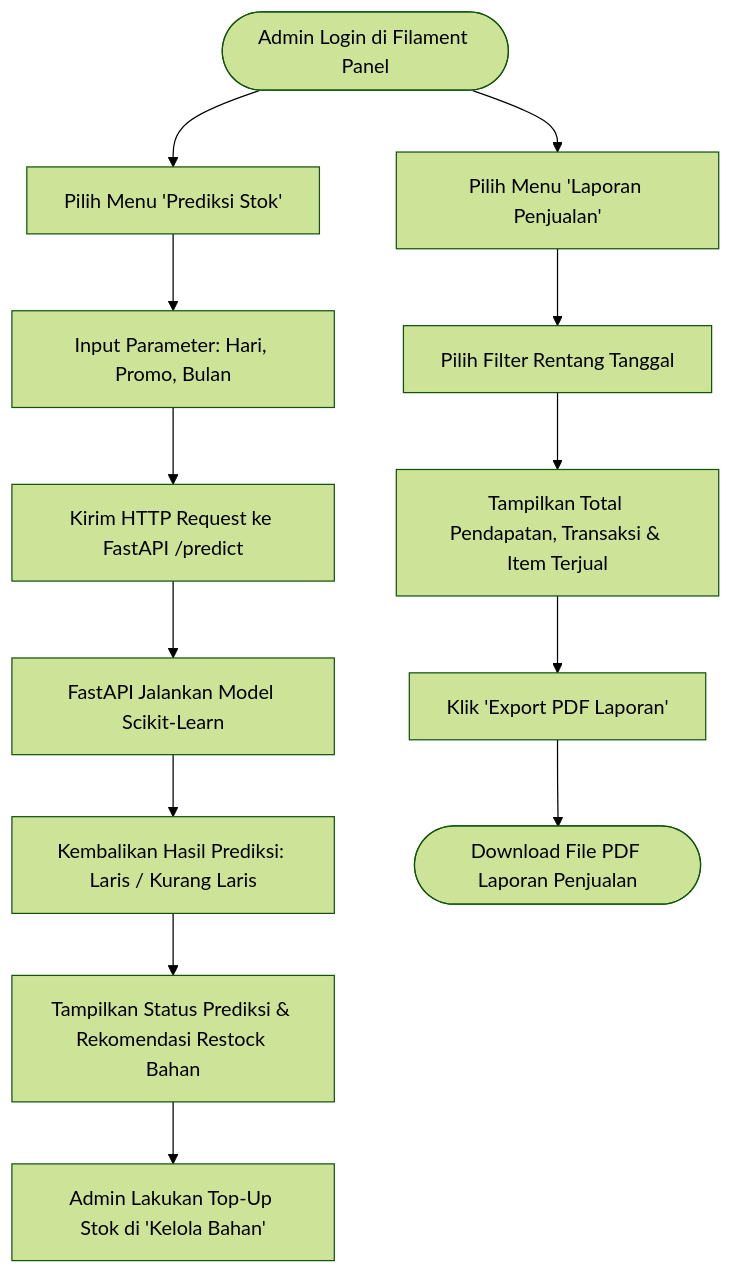
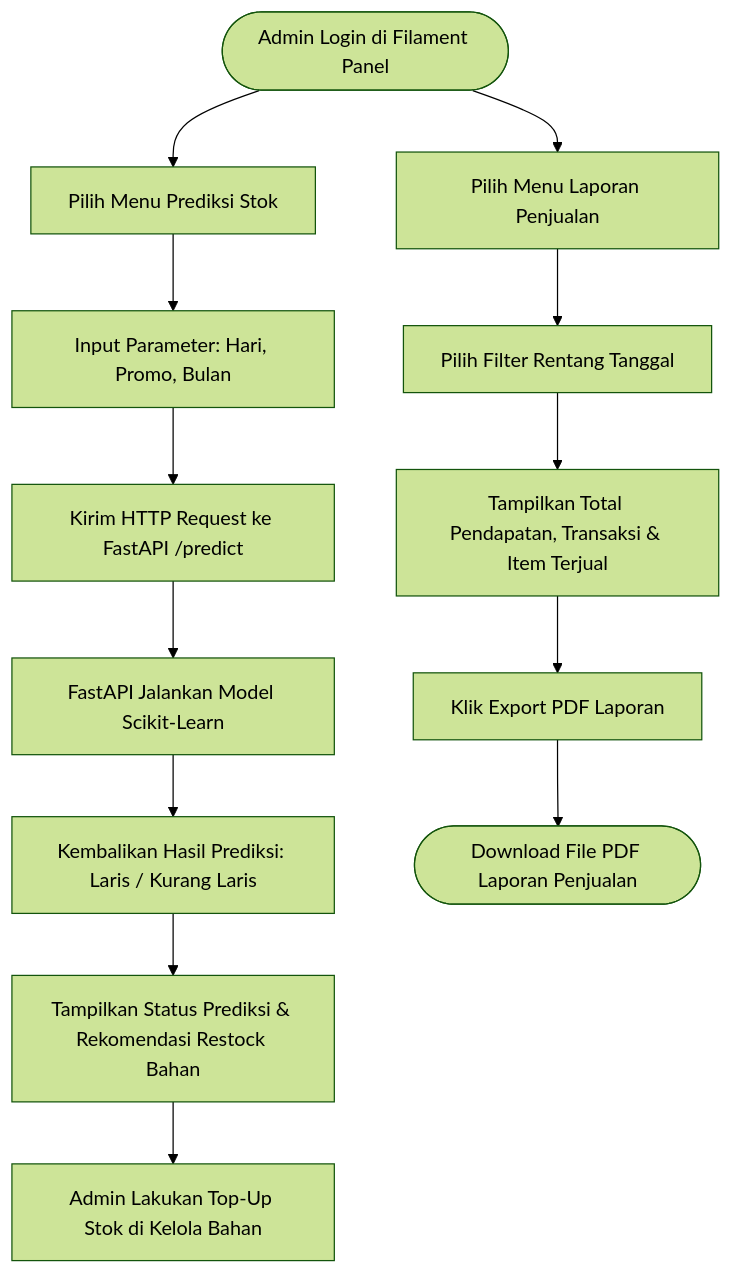
The third of 3 diagrams in README.md (kampusriset/24f_laravel_sipakar_coffeshop), drawn with Mermaid (forest theme) before and after one commit. The commit also changed other lines of this file, not shown here.

Commit message:
docs: sesuaikan sintaks label diagram Mermaid agar valid di GitHub Markdown preview

````diff
--- a/README.md
+++ b/README.md
@@ -179,16 +179,16 @@
 ```mermaid
 flowchart TD
-    Admin([Admin Login di Filament Panel]) --> Dashboard[Pilih Menu 'Prediksi Stok']
-    Dashboard --> FormInput[Input Parameter: Hari, Promo, Bulan]
-    FormInput --> MLRequest[Kirim HTTP Request ke FastAPI /predict]
-    MLRequest --> MLExecute[FastAPI Jalankan Model Scikit-Learn]
-    MLExecute --> MLResponse[Kembalikan Hasil Prediksi: Laris / Kurang Laris]
-    MLResponse --> DisplayRec[Tampilkan Status Prediksi & Rekomendasi Restock Bahan]
-    DisplayRec --> Action[Admin Lakukan Top-Up Stok di 'Kelola Bahan']
+    Admin(["Admin Login di Filament Panel"]) --> Dashboard["Pilih Menu Prediksi Stok"]
+    Dashboard --> FormInput["Input Parameter: Hari, Promo, Bulan"]
+    FormInput --> MLRequest["Kirim HTTP Request ke FastAPI /predict"]
+    MLRequest --> MLExecute["FastAPI Jalankan Model Scikit-Learn"]
+    MLExecute --> MLResponse["Kembalikan Hasil Prediksi: Laris / Kurang Laris"]
+    MLResponse --> DisplayRec["Tampilkan Status Prediksi & Rekomendasi Restock Bahan"]
+    DisplayRec --> Action["Admin Lakukan Top-Up Stok di Kelola Bahan"]
 
-    Admin --> ReportMenu[Pilih Menu 'Laporan Penjualan']
-    ReportMenu --> FilterDate[Pilih Filter Rentang Tanggal]
-    FilterDate --> ViewMetrics[Tampilkan Total Pendapatan, Transaksi & Item Terjual]
-    ViewMetrics --> ExportPDF[Klik 'Export PDF Laporan']
-    ExportPDF --> Download([Download File PDF Laporan Penjualan])
+    Admin --> ReportMenu["Pilih Menu Laporan Penjualan"]
+    ReportMenu --> FilterDate["Pilih Filter Rentang Tanggal"]
+    FilterDate --> ViewMetrics["Tampilkan Total Pendapatan, Transaksi & Item Terjual"]
+    ViewMetrics --> ExportPDF["Klik Export PDF Laporan"]
+    ExportPDF --> Download(["Download File PDF Laporan Penjualan"])
 ```
````
